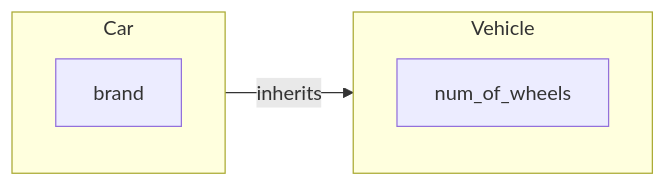
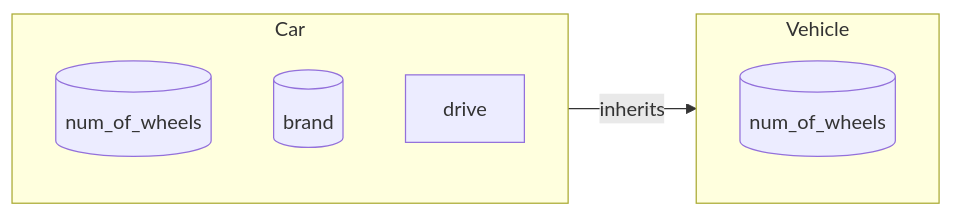
The diagram in docs/index.md (leowu4ever/MkDocs-template-data-science), drawn with Mermaid before and after one commit. The commit also changed other lines of this file and 3 other files, not shown here.

````diff
--- a/docs/index.md
+++ b/docs/index.md
@@ -9,11 +9,14 @@
 ```mermaid
 %%{init: {'theme':'default'}}%%
 flowchart LR
 subgraph Vehicle
-num1[num_of_wheels]
+num1[(num_of_wheels)]
 end
 subgraph Car
-brand[brand]
+num2[(num_of_wheels)]
+brand[(brand)]
+drive[drive]
+
 end
 Car --inherits--> Vehicle
 ```
````
